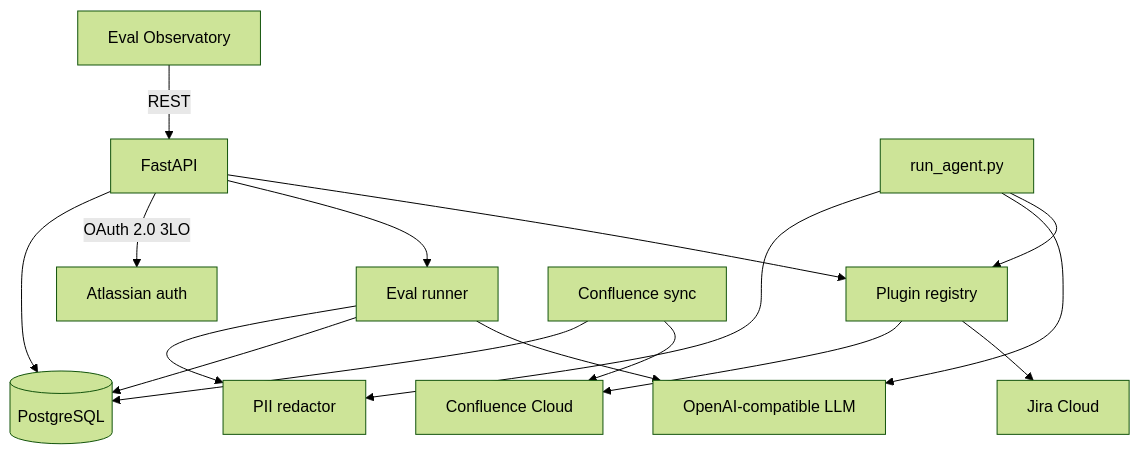
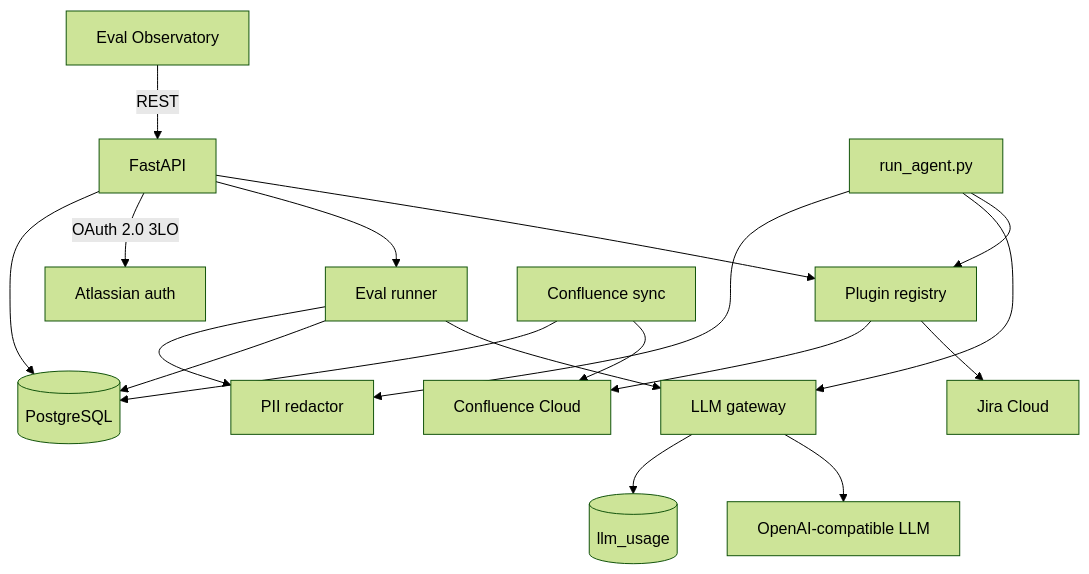
One commit to OctavianDoncea/atlassian-agent-kit changed the diagram in README.md. Above: the diagram before and after it, drawn with Mermaid (forest theme). The commit also changed other lines of this file, not shown here.

Commit message:
Updated README to include LLM token & cost tracking

````diff
--- a/README.md
+++ b/README.md
@@ -21,18 +22,20 @@
 ```mermaid
 graph TD
     Dash[Eval Observatory] -->|REST| API[FastAPI]
     CLI[run_agent.py] --> Registry[Plugin registry]
     API --> Registry
     API --> Runner[Eval runner]
-    Runner --> LLM[OpenAI-compatible LLM]
-    CLI --> LLM
+    Runner --> Gateway[LLM gateway]
+    CLI --> Gateway
+    Gateway --> LLM[OpenAI-compatible LLM]
+    Gateway --> Usage[(llm_usage)]
     Registry --> Jira[Jira Cloud]
     Registry --> Conf[Confluence Cloud]
     API -->|OAuth 2.0 3LO| Atlassian[Atlassian auth]
     Runner --> DB[(PostgreSQL)]
     API --> DB
     Sync[Confluence sync] --> Conf
     Sync --> DB
     CLI --> Redactor[PII redactor]
     Runner --> Redactor
 ```
````
